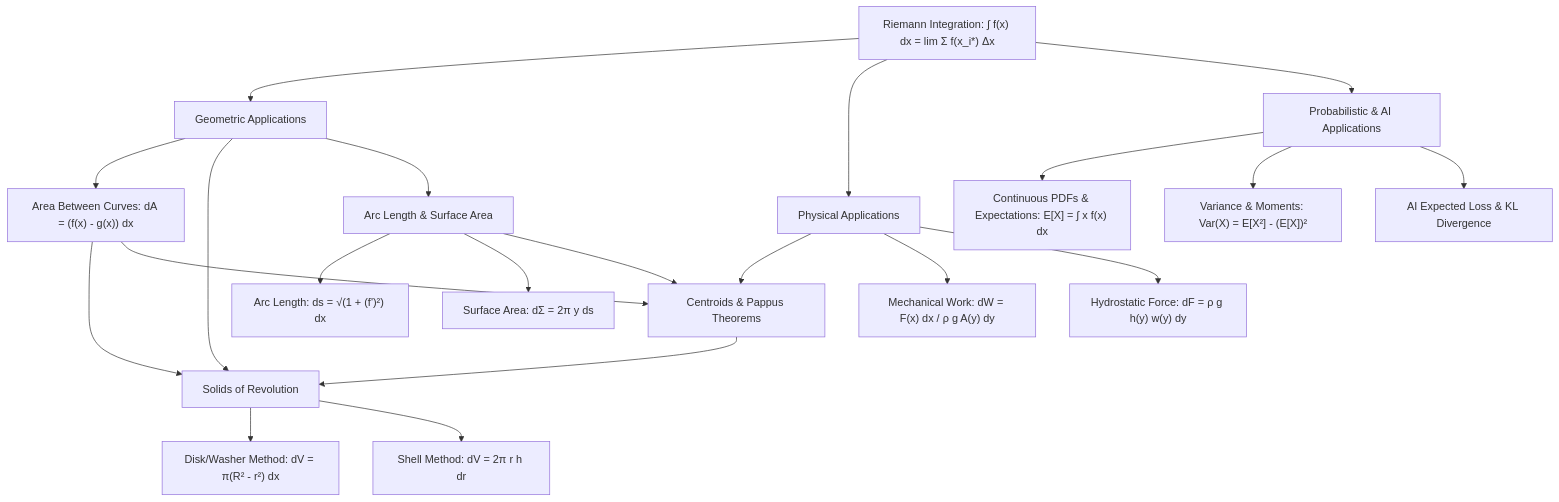
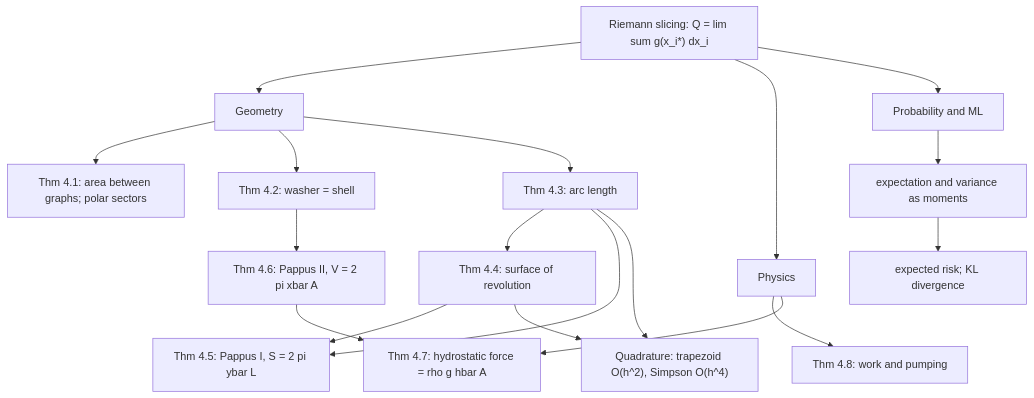
One commit to hien078/applied-mathematics-foundation changed the diagram in calculus/06_integral_applications_geometry_physics/README.md. Above: the diagram before and after it, drawn with Mermaid. The commit also changed other lines of this file and 25 other files, not shown here.

````diff
--- a/calculus/06_integral_applications_geometry_physics/README.md
+++ b/calculus/06_integral_applications_geometry_physics/README.md
@@ -45,27 +35,25 @@
 ```mermaid
 flowchart TD
-    A["Riemann Integration: ∫ f(x) dx = lim Σ f(x_i*) Δx"] --> B["Geometric Applications"]
-    A --> C["Physical Applications"]
-    A --> D["Probabilistic & AI Applications"]
+    A["Riemann slicing: Q = lim sum g(x_i*) dx_i"] --> B["Geometry"]
+    A --> C["Physics"]
+    A --> D["Probability and ML"]
 
-    B --> B1["Area Between Curves: dA = (f(x) - g(x)) dx"]
-    B --> B2["Solids of Revolution"]
-    B1 --> B2
-    B2 --> B2a["Disk/Washer Method: dV = π(R² - r²) dx"]
-    B2 --> B2b["Shell Method: dV = 2π r h dr"]
-    B --> B3["Arc Length & Surface Area"]
-    B3 --> B3a["Arc Length: ds = √(1 + (f')²) dx"]
-    B3 --> B3b["Surface Area: dΣ = 2π y ds"]
+    B --> B1["Thm 4.1: area between graphs; polar sectors"]
+    B --> B2["Thm 4.2: washer = shell"]
+    B --> B3["Thm 4.3: arc length"]
+    B3 --> B4["Thm 4.4: surface of revolution"]
 
-    C --> C1["Centroids & Pappus Theorems"]
-    C --> C2["Mechanical Work: dW = F(x) dx / ρ g A(y) dy"]
-    C --> C3["Hydrostatic Force: dF = ρ g h(y) w(y) dy"]
+    B3 --> P1["Thm 4.5: Pappus I, S = 2 pi ybar L"]
+    B4 --> P1
+    B2 --> P2["Thm 4.6: Pappus II, V = 2 pi xbar A"]
 
-    D --> D1["Continuous PDFs & Expectations: E[X] = ∫ x f(x) dx"]
-    D --> D2["Variance & Moments: Var(X) = E[X²] - (E[X])²"]
-    D --> D3["AI Expected Loss & KL Divergence"]
+    C --> C1["Thm 4.8: work and pumping"]
+    C --> C2["Thm 4.7: hydrostatic force = rho g hbar A"]
+    P2 --> C2
 
-    B1 --> C1
-    B3 --> C1
-    C1 --> B2
+    D --> D1["expectation and variance as moments"]
+    D1 --> D2["expected risk; KL divergence"]
+
+    B3 --> N["Quadrature: trapezoid O(h^2), Simpson O(h^4)"]
+    B4 --> N
 ```
````
